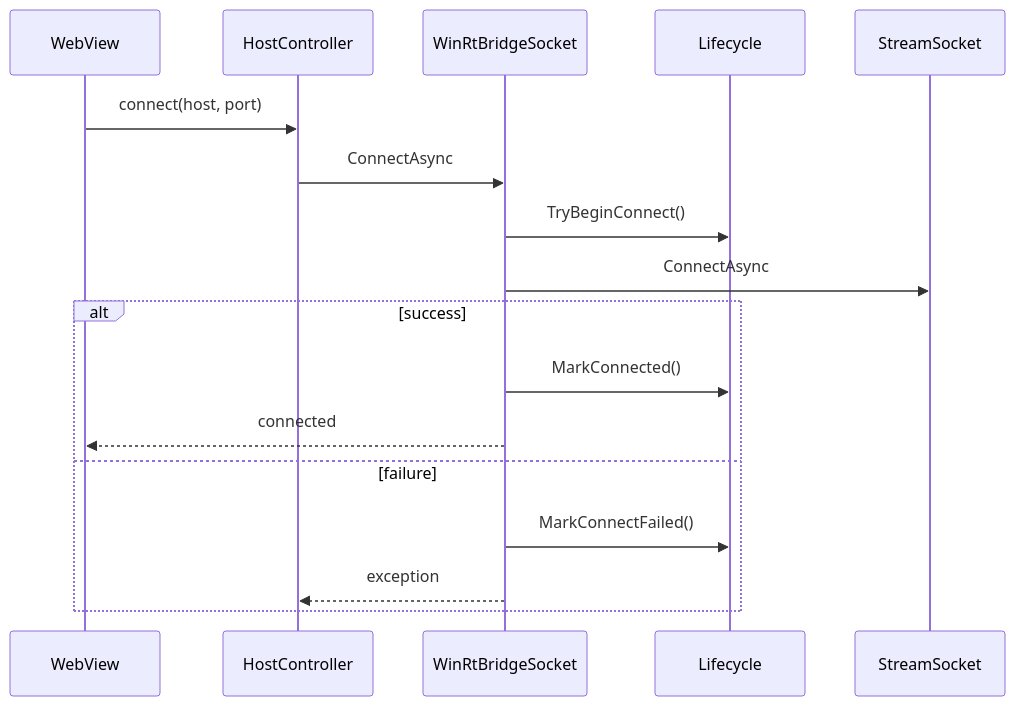
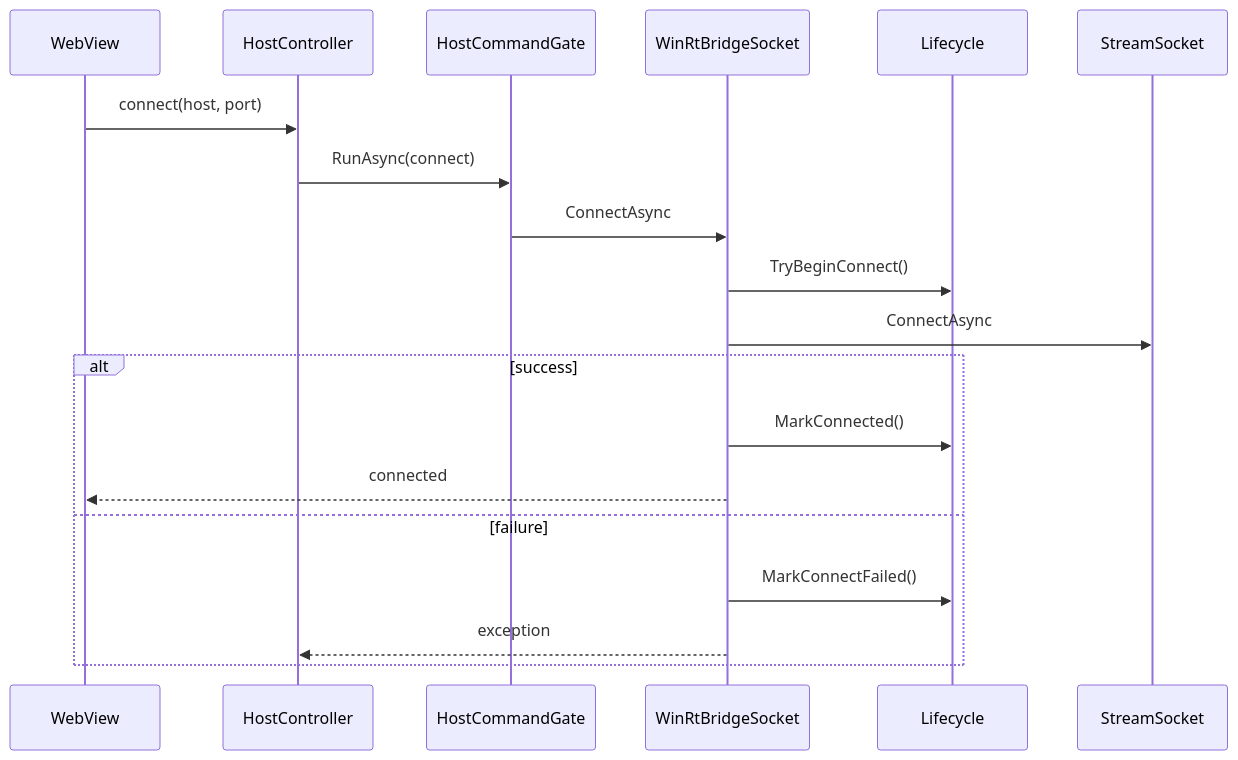
One commit to aloisiocosta-prof/universal-ssh changed diagram 11 of 14 in docs/architecture/uml.md. Above: the diagram before and after it, drawn with Mermaid. The commit also changed other lines of this file and 7 other files, not shown here.

````diff
--- a/docs/architecture/uml.md
+++ b/docs/architecture/uml.md
@@ -109,19 +114,21 @@
 ```mermaid
 sequenceDiagram
   participant W as WebView
   participant H as HostController
+  participant G as HostCommandGate
   participant S as WinRtBridgeSocket
   participant L as Lifecycle
   participant T as StreamSocket
   W->>H: connect(host, port)
-  H->>S: ConnectAsync
+  H->>G: RunAsync(connect)
+  G->>S: ConnectAsync
   S->>L: TryBeginConnect()
   S->>T: ConnectAsync
   alt success
     S->>L: MarkConnected()
     S-->>W: connected
   else failure
     S->>L: MarkConnectFailed()
     S-->>H: exception
   end
 ```
````
